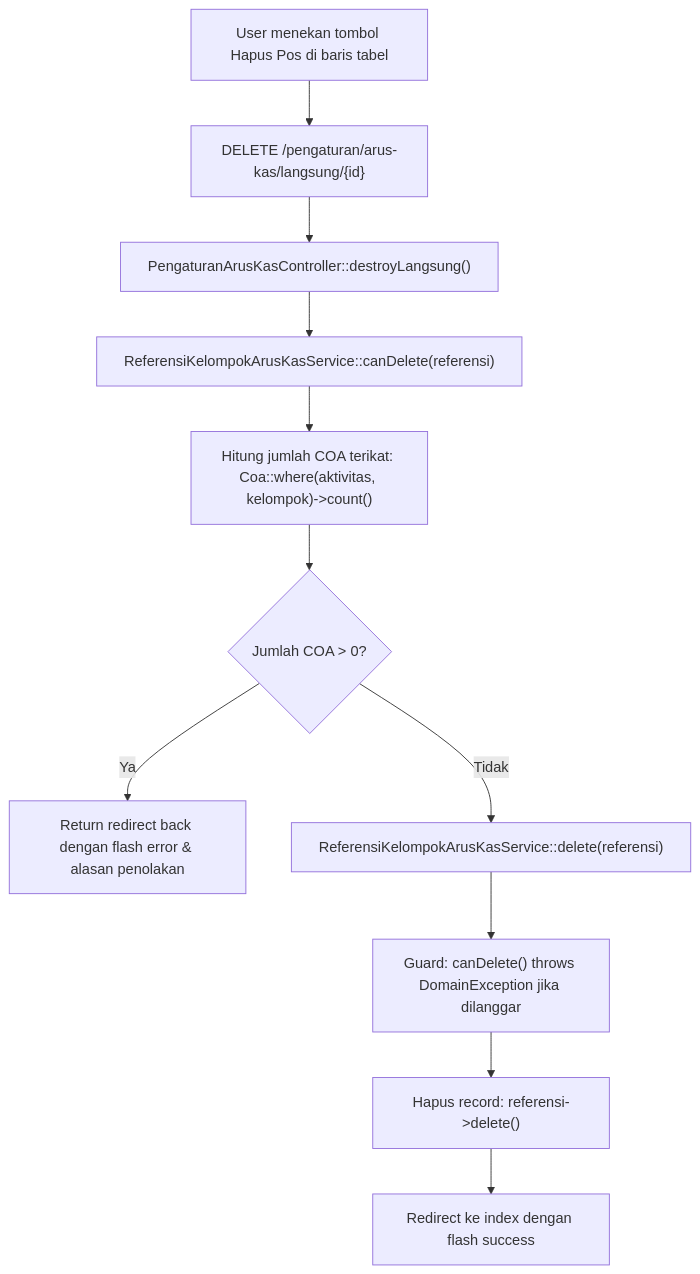
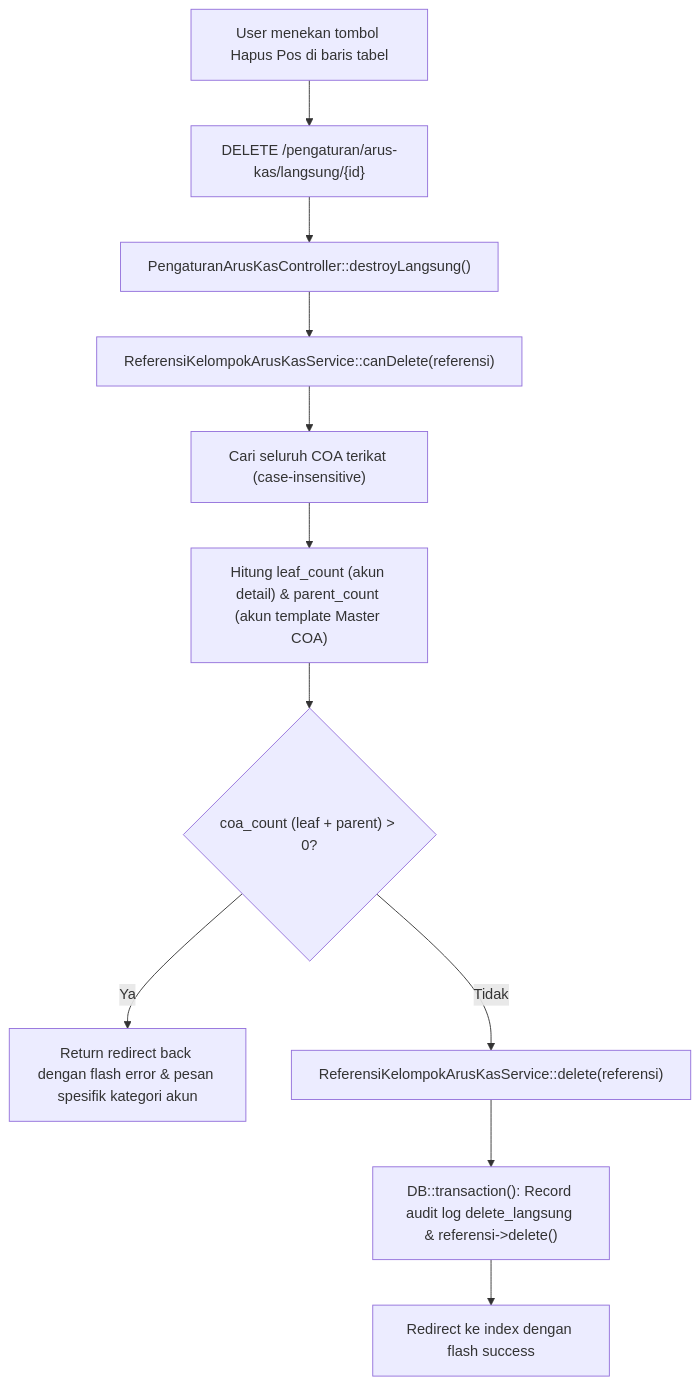
One commit to AltamaSidoarjo/laravel-siakurat-pt-smt changed the fifth of 10 diagrams in dokumentasi/pengaturan-arus-kas.md. Above: the diagram before and after it, drawn with Mermaid. The commit also changed other lines of this file and 1 other file, not shown here.

Commit message:
docs(arus-kas): document Stage 2 direct COA mapping and cash counterpart scanner

````diff
--- a/dokumentasi/pengaturan-arus-kas.md
+++ b/dokumentasi/pengaturan-arus-kas.md
@@ -279,13 +402,13 @@
 ```mermaid
 flowchart TD
     A["User menekan tombol Hapus Pos di baris tabel"] --> B["DELETE /pengaturan/arus-kas/langsung/{id}"]
     B --> C["PengaturanArusKasController::destroyLangsung()"]
     C --> D["ReferensiKelompokArusKasService::canDelete(referensi)"]
-    D --> E["Hitung jumlah COA terikat: Coa::where(aktivitas, kelompok)->count()"]
-    E --> F{"Jumlah COA > 0?"}
-    F -- Ya --> G["Return redirect back dengan flash error & alasan penolakan"]
-    F -- Tidak --> H["ReferensiKelompokArusKasService::delete(referensi)"]
-    H --> I["Guard: canDelete() throws DomainException jika dilanggar"]
-    I --> J["Hapus record: referensi->delete()"]
+    D --> E["Cari seluruh COA terikat (case-insensitive)"]
+    E --> F["Hitung leaf_count (akun detail) & parent_count (akun template Master COA)"]
+    F --> G{"coa_count (leaf + parent) > 0?"}
+    G -- Ya --> H["Return redirect back dengan flash error & pesan spesifik kategori akun"]
+    G -- Tidak --> I["ReferensiKelompokArusKasService::delete(referensi)"]
+    I --> J["DB::transaction(): Record audit log delete_langsung & referensi->delete()"]
     J --> K["Redirect ke index dengan flash success"]
 ```
````
